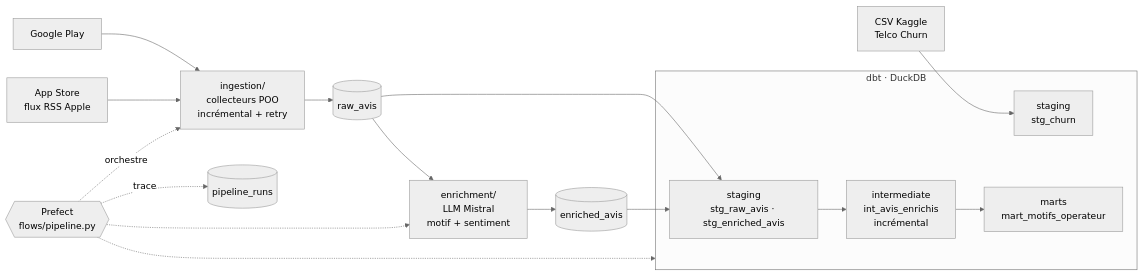
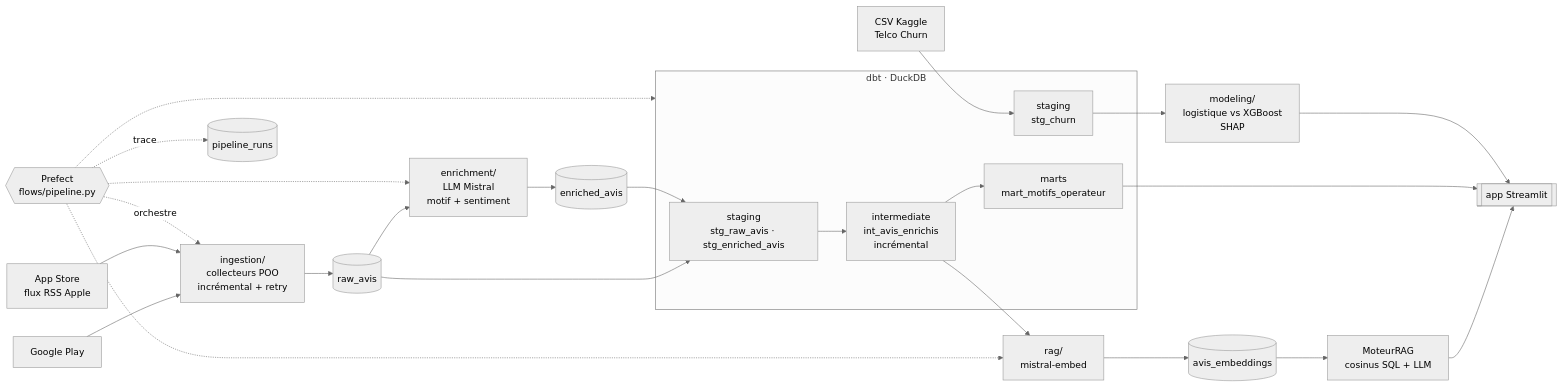
One commit to raoufRahmani/Telco-360 changed the diagram in README.md. Above: the diagram before and after it, drawn with Mermaid (neutral theme). The commit also changed other lines of this file and 3 other files, not shown here.

Commit message:
docs: RAG, application Streamlit, architecture complete

````diff
--- a/README.md
+++ b/README.md
@@ -19,22 +20,31 @@
 ```mermaid
 flowchart LR
     GP[Google Play] --> ING
     AS[App Store<br/>flux RSS Apple] --> ING
     ING[ingestion/<br/>collecteurs POO<br/>incrémental + retry] --> RAW[(raw_avis)]
     RAW --> ENR[enrichment/<br/>LLM Mistral<br/>motif + sentiment]
     ENR --> ENRT[(enriched_avis)]
     RAW --> STG
     ENRT --> STG
     CSV[CSV Kaggle<br/>Telco Churn] --> STGC
 
     subgraph DBT[dbt · DuckDB]
         STG[staging<br/>stg_raw_avis · stg_enriched_avis] --> INT[intermediate<br/>int_avis_enrichis<br/>incrémental]
         INT --> MART[marts<br/>mart_motifs_operateur]
         STGC[staging<br/>stg_churn]
     end
 
+    INT --> EMB[rag/<br/>mistral-embed]
+    EMB --> VEC[(avis_embeddings)]
+    VEC --> RAG[MoteurRAG<br/>cosinus SQL + LLM]
+    STGC --> ML[modeling/<br/>logistique vs XGBoost<br/>SHAP]
+    RAG --> APP[[app Streamlit]]
+    MART --> APP
+    ML --> APP
+
     PREFECT{{Prefect<br/>flows/pipeline.py}} -.orchestre.-> ING
     PREFECT -.-> ENR
     PREFECT -.-> DBT
+    PREFECT -.-> EMB
     PREFECT -.trace.-> RUNS[(pipeline_runs)]
 ```
````
